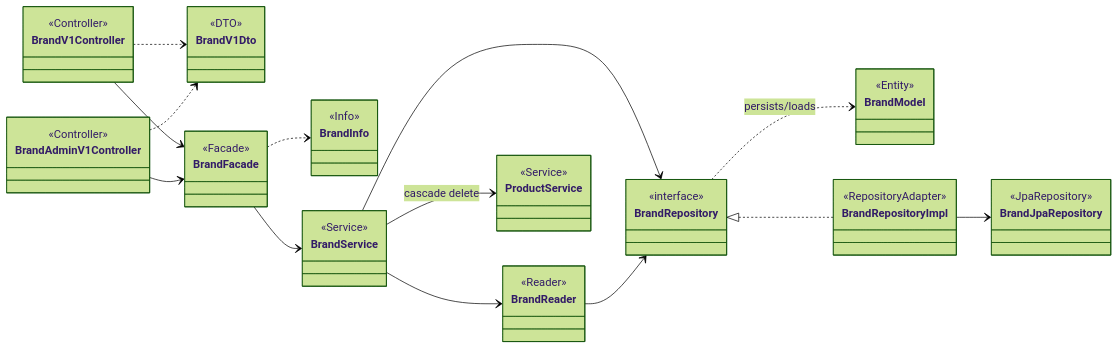
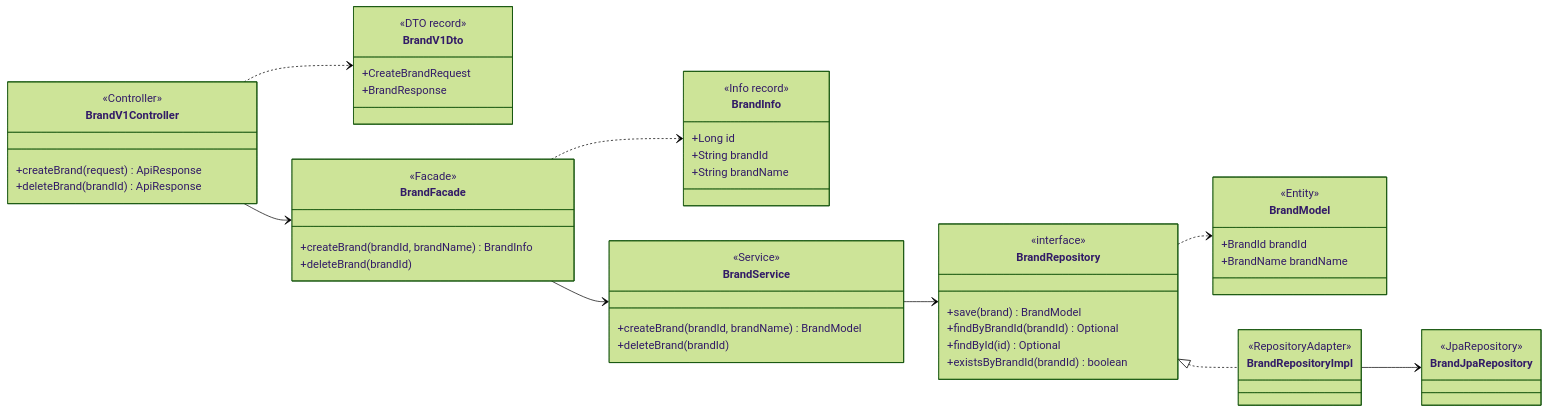
Before and after one commit to YoHanKi/loop-pack-be-l2-vol3-java: the third of 8 diagrams in docs/design/03-class-diagram.md, drawn with Mermaid (forest theme). The commit also changed other lines of this file and 2 other files, not shown here.

````diff
--- a/docs/design/03-class-diagram.md
+++ b/docs/design/03-class-diagram.md
@@ -131,73 +130,66 @@
 ```mermaid
 classDiagram
     direction LR
 
 %% Interfaces
     class BrandV1Controller {
         <<Controller>>
-    }
-    class BrandAdminV1Controller {
-        <<Controller>>
+        +createBrand(request) ApiResponse
+        +deleteBrand(brandId) ApiResponse
     }
     class BrandV1Dto {
-        <<DTO>>
+        <<DTO record>>
+        +CreateBrandRequest
+        +BrandResponse
     }
 
 %% Application
     class BrandFacade {
         <<Facade>>
+        +createBrand(brandId, brandName) BrandInfo
+        +deleteBrand(brandId)
     }
     class BrandInfo {
-        <<Info>>
+        <<Info record>>
+        +Long id
+        +String brandId
+        +String brandName
     }
 
 %% Domain
     class BrandService {
         <<Service>>
-    }
-    class BrandReader {
-        <<Reader>>
+        +createBrand(brandId, brandName) BrandModel
+        +deleteBrand(brandId)
     }
     class BrandRepository {
         <<interface>>
+        +save(brand) BrandModel
+        +findByBrandId(brandId) Optional
+        +findById(id) Optional
+        +existsByBrandId(brandId) boolean
     }
     class BrandModel {
         <<Entity>>
+        +BrandId brandId
+        +BrandName brandName
     }
 
 %% Infrastructure
     class BrandRepositoryImpl {
         <<RepositoryAdapter>>
     }
     class BrandJpaRepository {
         <<JpaRepository>>
     }
-    class ProductService {
-        <<Service>>
-    }
 
-%% Relationships (dependency direction)
+%% Relationships
     BrandV1Controller --> BrandFacade
-    BrandAdminV1Controller --> BrandFacade
     BrandV1Controller ..> BrandV1Dto
-    BrandAdminV1Controller ..> BrandV1Dto
-
-%% Facade -> Service only (no direct Reader call)
     BrandFacade --> BrandService
     BrandFacade ..> BrandInfo
-
-%% Service owns query + command orchestration
-    BrandService --> BrandReader
     BrandService --> BrandRepository
-    BrandReader --> BrandRepository
-
-%% Port/Adapter
     BrandRepository <|.. BrandRepositoryImpl
     BrandRepositoryImpl --> BrandJpaRepository
-
-%% Domain persistence relation
-    BrandRepository ..> BrandModel : persists/loads
-
-%% Business rule
-    BrandService --> ProductService : cascade delete
+    BrandRepository ..> BrandModel
 ```
````
